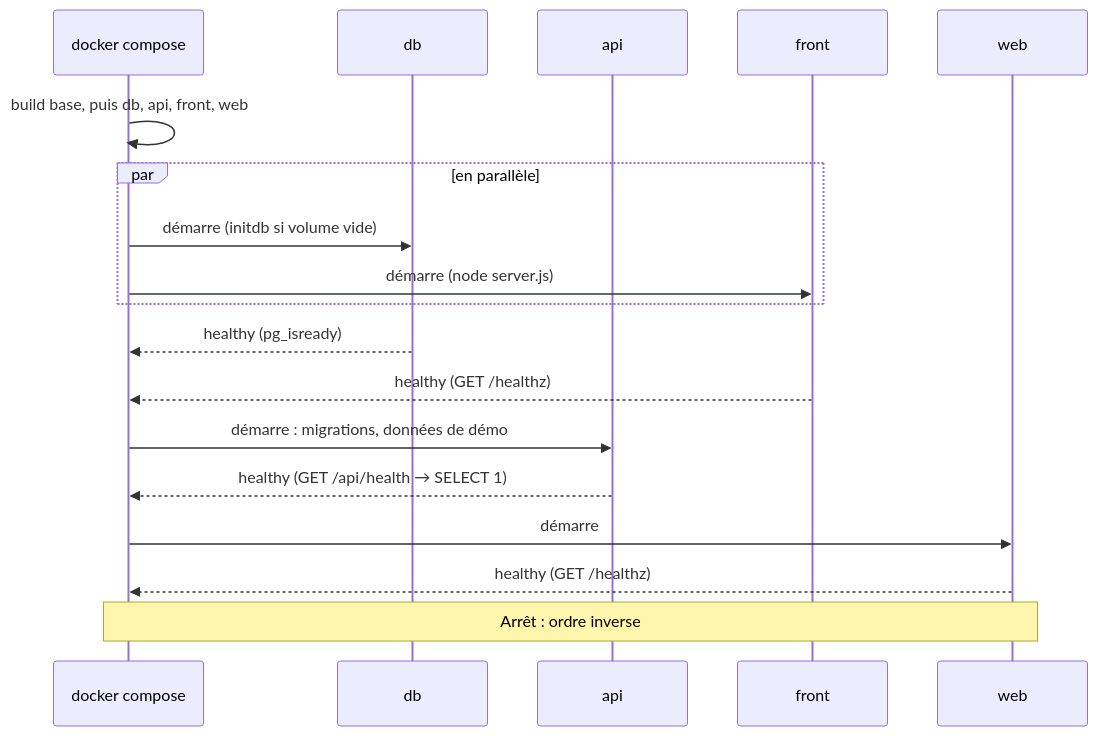
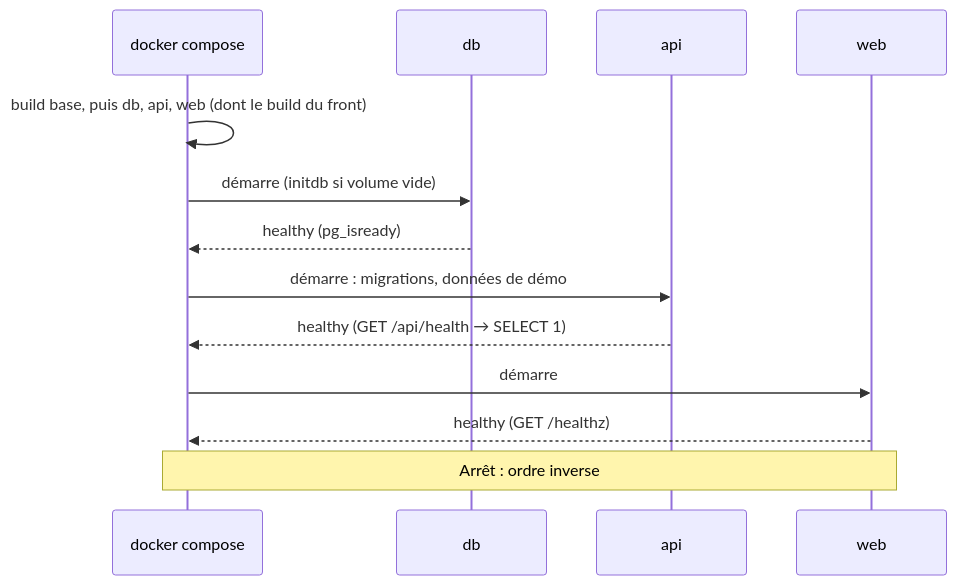
One commit to zharrow/Luniqo changed the third of 3 diagrams in docker/README.md. Above: the diagram before and after it, drawn with Mermaid. The commit also changed other lines of this file and 8 other files, not shown here.

````diff
--- a/docker/README.md
+++ b/docker/README.md
@@ -323,20 +300,15 @@
 ```mermaid
 sequenceDiagram
     participant C as docker compose
     participant D as db
     participant A as api
-    participant F as front
     participant W as web
-    C->>C: build base, puis db, api, front, web
-    par en parallèle
-        C->>D: démarre (initdb si volume vide)
-        C->>F: démarre (node server.js)
-    end
+    C->>C: build base, puis db, api, web (dont le build du front)
+    C->>D: démarre (initdb si volume vide)
     D-->>C: healthy (pg_isready)
-    F-->>C: healthy (GET /healthz)
     C->>A: démarre : migrations, données de démo
     A-->>C: healthy (GET /api/health → SELECT 1)
     C->>W: démarre
     W-->>C: healthy (GET /healthz)
     Note over C,W: Arrêt : ordre inverse
 ```
````
